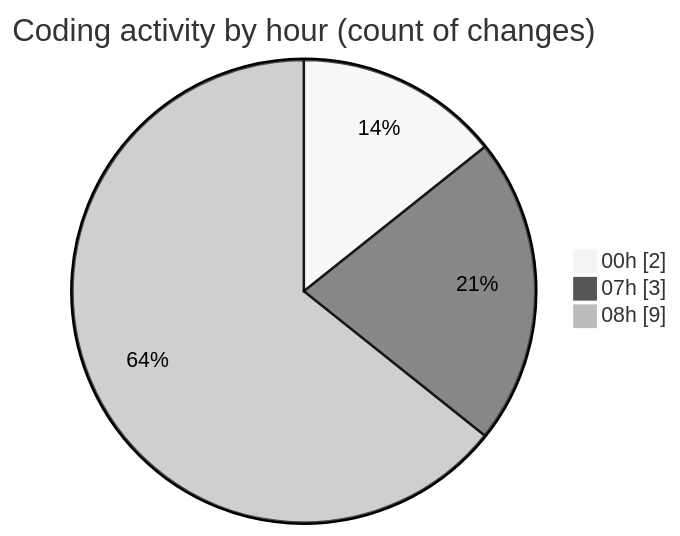
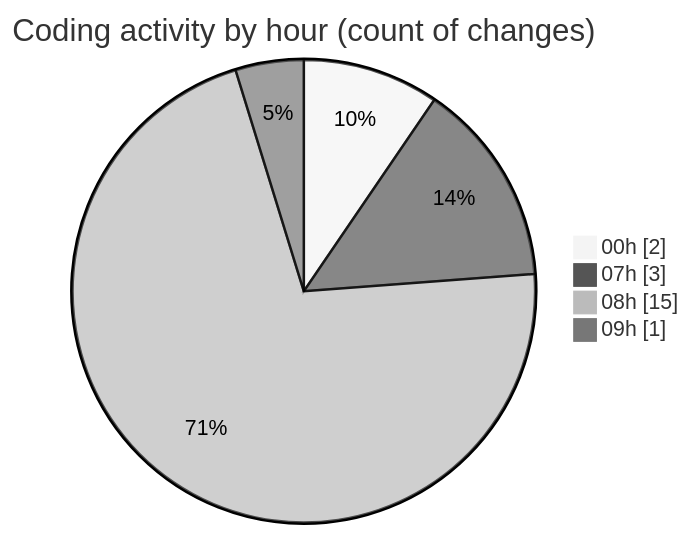
One commit to donsfak/code-tracking changed the second of 2 diagrams in 2025-02-10/maps_clone/README.md. Above: the diagram before and after it, drawn with Mermaid (neutral theme). The commit also changed other lines of this file and 1 other file, not shown here.

````diff
--- a/2025-02-10/maps_clone/README.md
+++ b/2025-02-10/maps_clone/README.md
@@ -33,7 +34,8 @@
 ```mermaid
 pie showData
 title Coding activity by hour (count of changes)
 "00h" : 2
 "07h" : 3
-"08h" : 9
+"08h" : 15
+"09h" : 1
 ```
````
